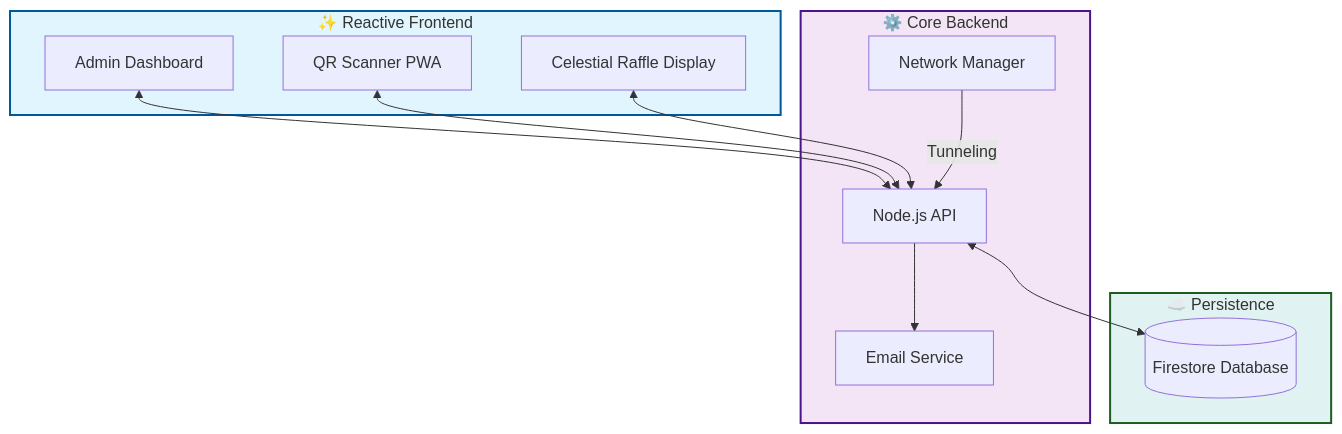
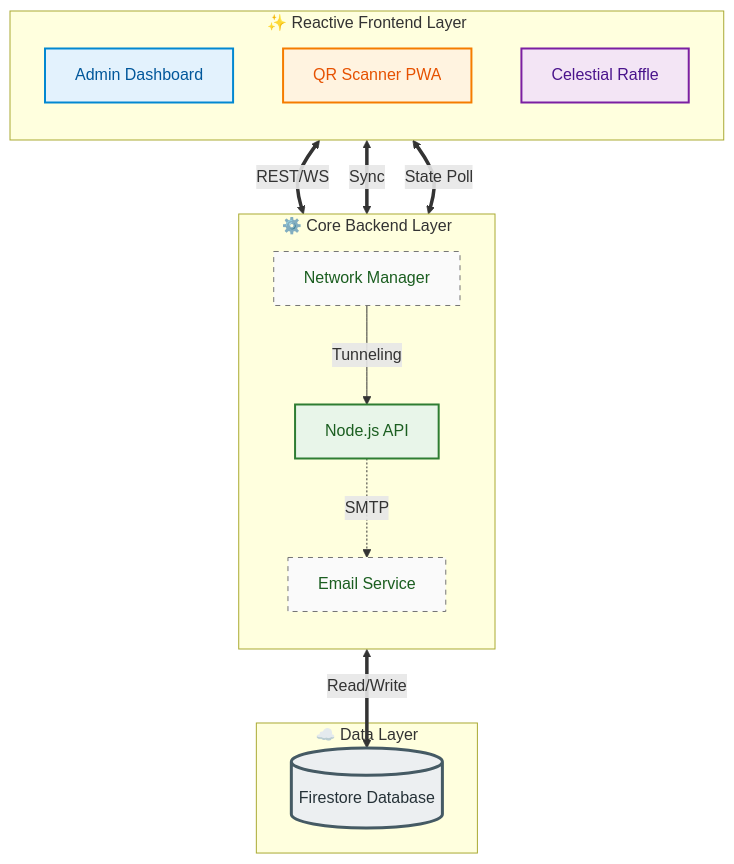
The first of 4 diagrams in README.md (NullifiedUniverse/ticketing-system), drawn with Mermaid before and after one commit. The commit also changed other lines of this file, not shown here.

Commit message:
Docs: Finalized README with rich Mermaid architecture diagrams

````diff
--- a/README.md
+++ b/README.md
@@ -11,29 +11,37 @@
 ```mermaid
 graph TD
-    subgraph Frontend ["✨ Reactive Frontend"]
-        A[Admin Dashboard]
-        C[QR Scanner PWA]
-        G[Celestial Raffle Display]
+    %% Node Definitions
+    subgraph Frontend ["✨ Reactive Frontend Layer"]
+        direction TB
+        A[Admin Dashboard]:::react
+        C[QR Scanner PWA]:::html
+        G[Celestial Raffle]:::canvas
     end
     
-    subgraph Backend ["⚙️ Core Backend"]
-        B[Node.js API]
-        E[Email Service]
-        F[Network Manager]
+    subgraph Backend ["⚙️ Core Backend Layer"]
+        direction TB
+        B[Node.js API]:::node
+        E[Email Service]:::service
+        F[Network Manager]:::service
     end
     
-    subgraph Data ["☁️ Persistence"]
-        D[(Firestore Database)]
+    subgraph Persistence ["☁️ Data Layer"]
+        D[(Firestore Database)]:::db
     end
 
-    A <--> B
-    C <--> B
-    G <--> B
-    B <--> D
-    B --> E
+    %% Connections
+    A <==>|REST/WS| B
+    C <==>|Sync| B
+    G <==>|State Poll| B
+    B <==>|Read/Write| D
+    B -.->|SMTP| E
     F -->|Tunneling| B
     
-    style Frontend fill:#e1f5fe,stroke:#01579b,stroke-width:2px
-    style Backend fill:#f3e5f5,stroke:#4a148c,stroke-width:2px
-    style Data fill:#e0f2f1,stroke:#1b5e20,stroke-width:2px
+    %% Styles
+    classDef react fill:#e3f2fd,stroke:#0288d1,stroke-width:2px,color:#01579b
+    classDef html fill:#fff3e0,stroke:#f57c00,stroke-width:2px,color:#e65100
+    classDef canvas fill:#f3e5f5,stroke:#7b1fa2,stroke-width:2px,color:#4a148c
+    classDef node fill:#e8f5e9,stroke:#2e7d32,stroke-width:2px,color:#1b5e20
+    classDef service fill:#fafafa,stroke:#757575,stroke-width:1px,stroke-dasharray: 5 5
+    classDef db fill:#eceff1,stroke:#455a64,stroke-width:3px,color:#263238
 ```
````
